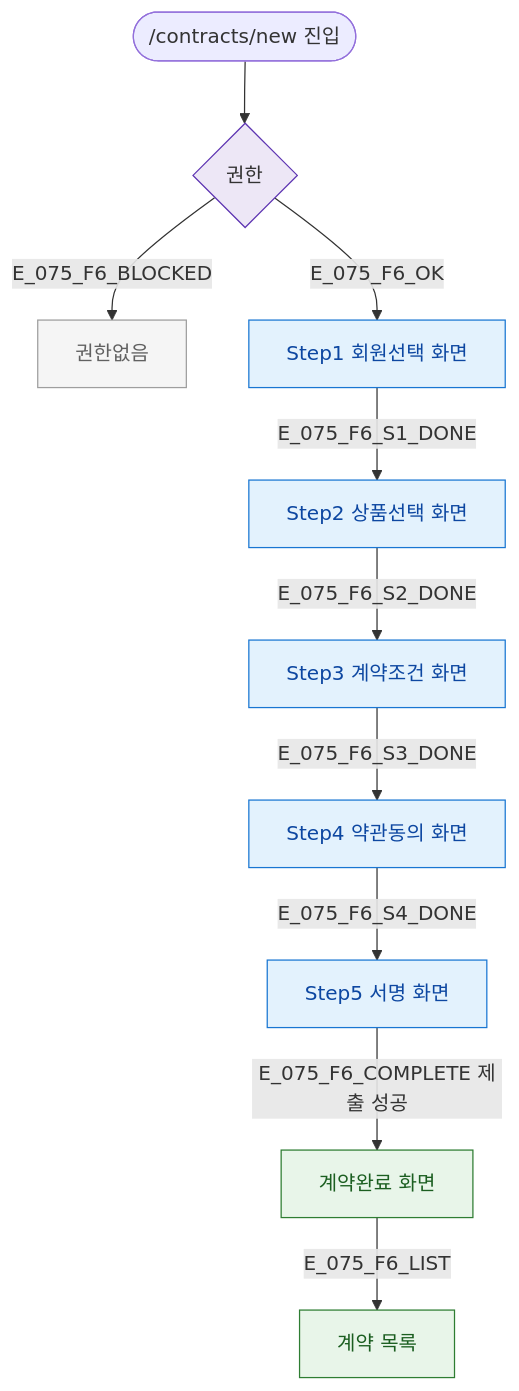
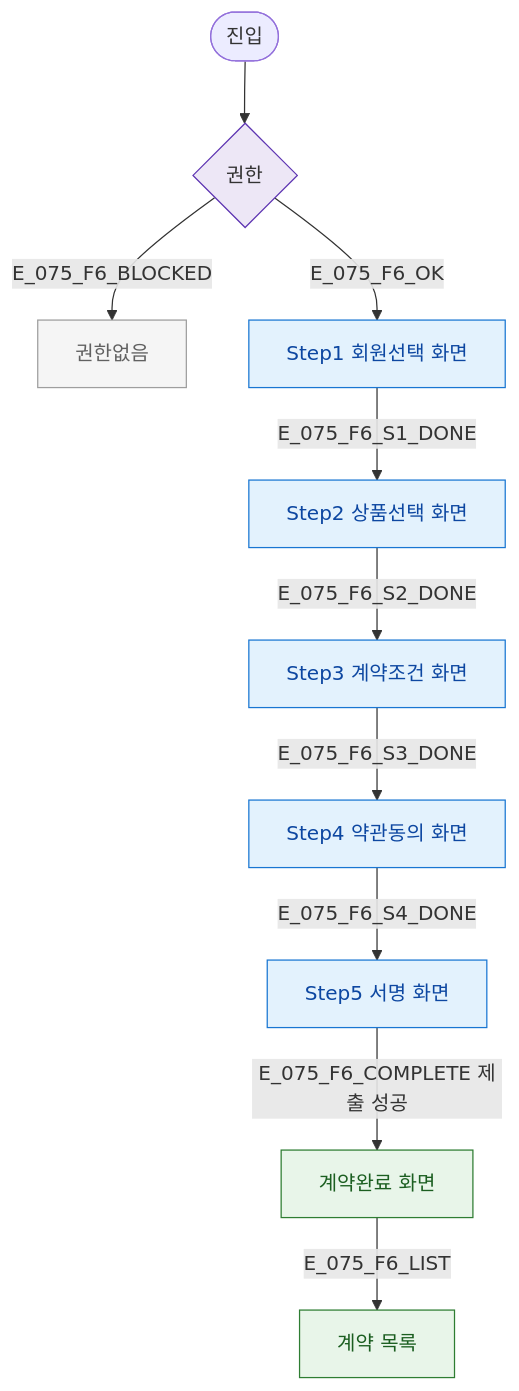
One commit to dev-spogym/admin-pando changed the diagram in docs/다이어그램/D08_마케팅/SCR-075_전자계약/F6_상태별화면.md. Above: the diagram before and after it, drawn with Mermaid. The commit also changed other lines of this file and 1660 other files, not shown here.

First line of the commit message:
다이어그램: 기획자/클라이언트 납품본으로 정리

````diff
--- a/docs/다이어그램/D08_마케팅/SCR-075_전자계약/F6_상태별화면.md
+++ b/docs/다이어그램/D08_마케팅/SCR-075_전자계약/F6_상태별화면.md
@@ -14,24 +12,24 @@
 ```mermaid
 flowchart TD
-  ENTER([/contracts/new 진입]) --> AUTH{권한}
-  AUTH -->|E_075_F6_BLOCKED| BLOCKED[권한없음]
-  AUTH -->|E_075_F6_OK| STEP1[Step1 회원선택 화면]
+  ENTER([진입]) --> AUTH{권한}
+  AUTH -->|E_075_F6_BLOCKED|BLOCKED[권한없음]
+  AUTH -->|E_075_F6_OK|STEP1[Step1 회원선택 화면]
 
-  STEP1 -->|E_075_F6_S1_DONE| STEP2[Step2 상품선택 화면]
-  STEP2 -->|E_075_F6_S2_DONE| STEP3[Step3 계약조건 화면]
-  STEP3 -->|E_075_F6_S3_DONE| STEP4[Step4 약관동의 화면]
-  STEP4 -->|E_075_F6_S4_DONE| STEP5[Step5 서명 화면]
+  STEP1 -->|E_075_F6_S1_DONE|STEP2[Step2 상품선택 화면]
+  STEP2 -->|E_075_F6_S2_DONE|STEP3[Step3 계약조건 화면]
+  STEP3 -->|E_075_F6_S3_DONE|STEP4[Step4 약관동의 화면]
+  STEP4 -->|E_075_F6_S4_DONE|STEP5[Step5 서명 화면]
 
-  STEP5 -->|E_075_F6_COMPLETE 제출 성공| DONE[계약완료 화면]
-  DONE -->|E_075_F6_LIST| LIST[계약 목록]
+  STEP5 -->|E_075_F6_COMPLETE 제출 성공|DONE[계약완료 화면]
+  DONE -->|E_075_F6_LIST|LIST[계약 목록]
 
-  classDef screen      fill:#E3F2FD,stroke:#1976D2,color:#0D47A1
+  classDef screen fill:#E3F2FD,stroke:#1976D2,color:#0D47A1
   classDef rbacBlocked fill:#F5F5F5,stroke:#9E9E9E,color:#616161
-  classDef success     fill:#E8F5E9,stroke:#2E7D32,color:#1B5E20
-  classDef system      fill:#EDE7F6,stroke:#5E35B2
+  classDef success fill:#E8F5E9,stroke:#2E7D32,color:#1B5E20
+  classDef system fill:#EDE7F6,stroke:#5E35B2
 
   class STEP1,STEP2,STEP3,STEP4,STEP5 screen
   class DONE,LIST success
   class BLOCKED rbacBlocked
   class AUTH system
 ```
````
